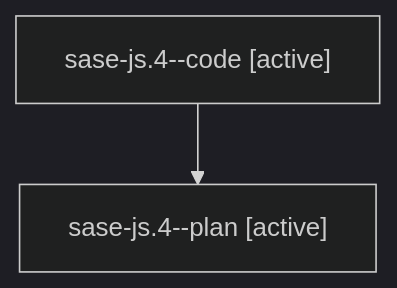
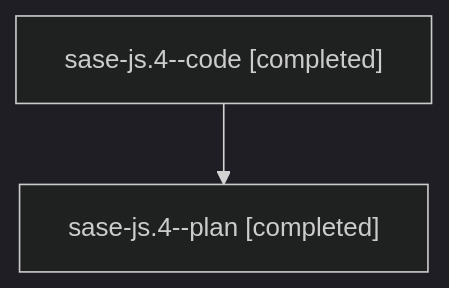
One commit to sase-org/sase--agents changed the diagram in families/bbugyi200.athena.sase-js.4.md. Above: the diagram before and after it, drawn with Mermaid (dark theme). The commit also changed other lines of this file and 70 other files, not shown here.

````diff
--- a/families/bbugyi200.athena.sase-js.4.md
+++ b/families/bbugyi200.athena.sase-js.4.md
@@ -9,6 +9,6 @@
 ```mermaid
 flowchart TD
-  n0["sase-js.4--code [active]"]
-  n1["sase-js.4--plan [active]"]
+  n0["sase-js.4--code [completed]"]
+  n1["sase-js.4--plan [completed]"]
   n0 --> n1
 ```
````
